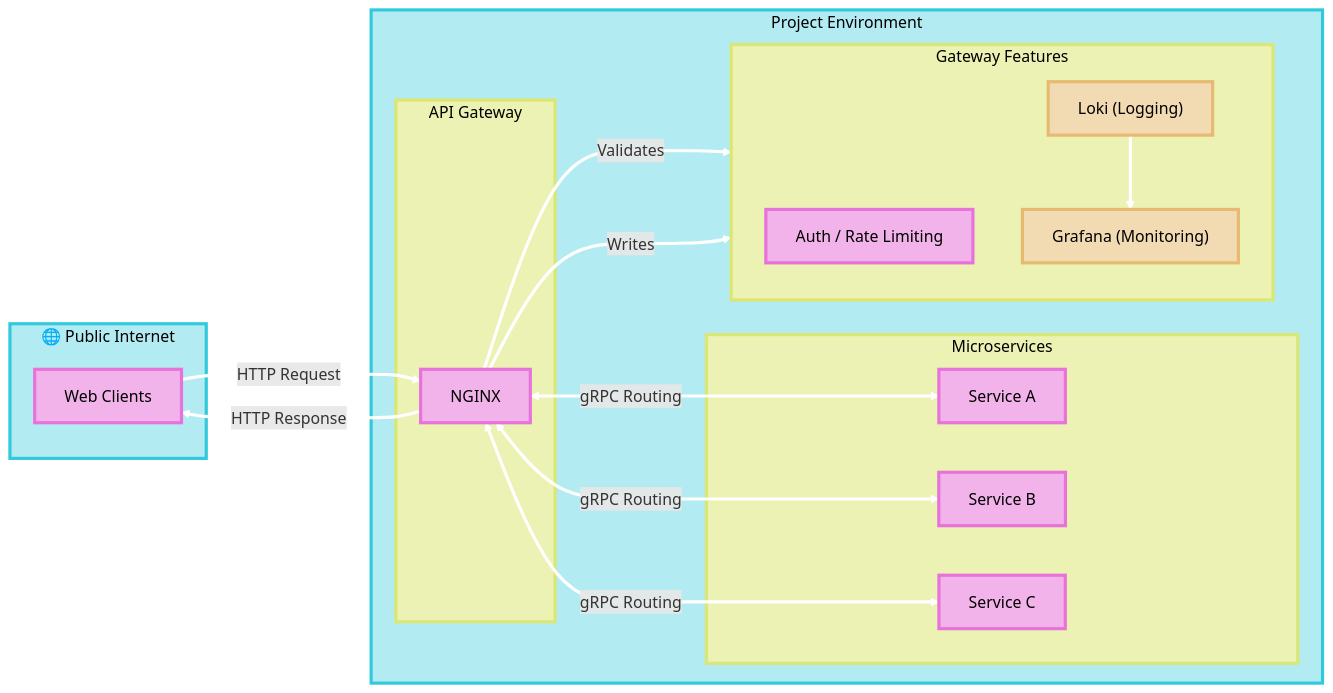
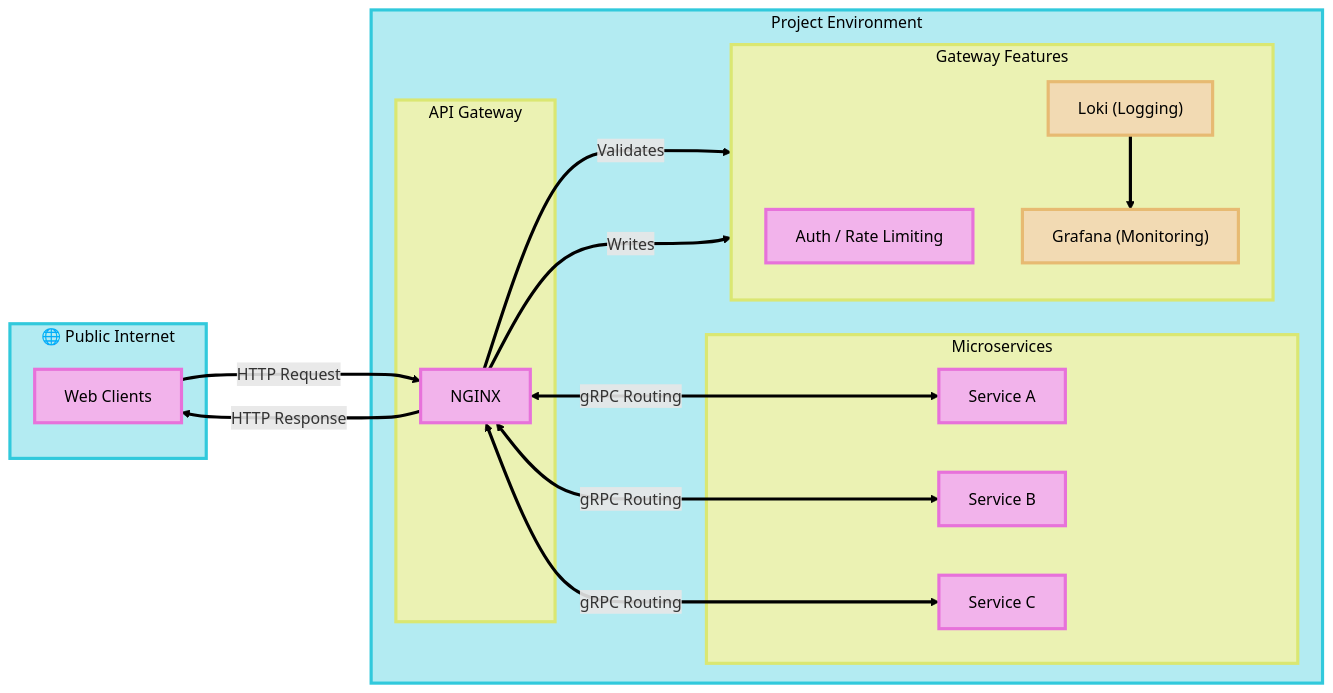
One commit to john-david3/fyp-api-gateway changed the diagram in docs/architecture.md. Above: the diagram before and after it, drawn with Mermaid. The commit also changed 13 other files, not shown here.

````diff
--- a/docs/architecture.md
+++ b/docs/architecture.md
@@ -1,65 +1,65 @@
 ```mermaid
 flowchart LR
     %% Top row: Public Internet -> Gateway -> Microservices
     subgraph Public_Internet["🌐 Public Internet"]
         WebClients["Web Clients"]
     end
 
     subgraph Project["Project Environment"]
         %% API Gateway (top row)
         subgraph Gateway["API Gateway"]
             NGINX["NGINX"]
         end
 
         %% Microservices (top row)
         subgraph Microservices["Microservices"]
             ServiceA["Service A"]
             ServiceB["Service B"]
             ServiceC["Service C"]
         end
 
         %% Gateway Features (bottom row)
         subgraph Gateway_Features["Gateway Features"]
             direction TB
             AuthRateLimit["Auth / Rate Limiting"]
             Loki["Loki (Logging)"]
             Grafana["Grafana (Monitoring)"]
         end
     end
 
     %% Connections
     WebClients --"HTTP Request"--> NGINX
     NGINX --"HTTP Response"--> WebClients
     NGINX <--"gRPC Routing"--> ServiceA
     NGINX <--"gRPC Routing"--> ServiceB
     NGINX <--"gRPC Routing"--> ServiceC
 
     NGINX --"Validates"--> AuthRateLimit
     NGINX --"Writes"--> Loki
     Loki --> Grafana
 
     %% Colours
     classDef outer fill:#b3ebf2,stroke:#31c9dc,stroke-width:0.2em,color:#000;
     class Public_Internet outer;
     class Project outer;
 
     classDef inner fill:#ebf2b3,stroke:#dae772,stroke-width:0.2em,color:#000;
     class Gateway inner;
     class Gateway_Features inner;
     class Microservices inner;
 
     classDef nodes fill:#f2b3eb,stroke:#e772da,stroke-width:0.2em,color:#000;
     class WebClients nodes;
     class NGINX nodes;
     class ServiceA nodes;
     class ServiceB nodes;
     class ServiceC nodes;
     class AuthRateLimit nodes;
     
     classDef logs fill:#f2dab3,stroke:#e7ba72,stroke-width:0.2em,color:#000;
     class Loki logs;
     class Grafana logs;
 
-    linkStyle default stroke:#fff,stroke-width:0.2em;
+    linkStyle default stroke:#000,stroke-width:0.2em;
 
 ```
````
